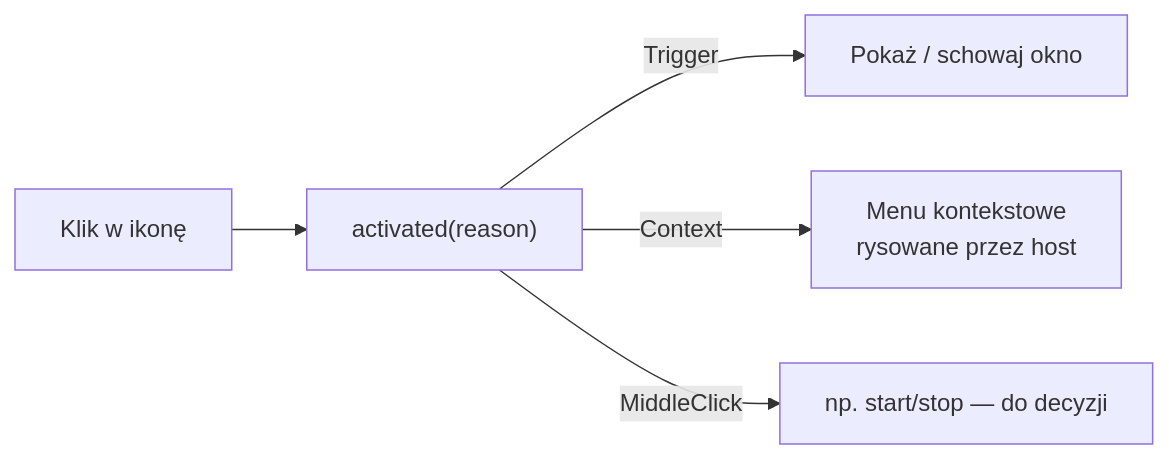
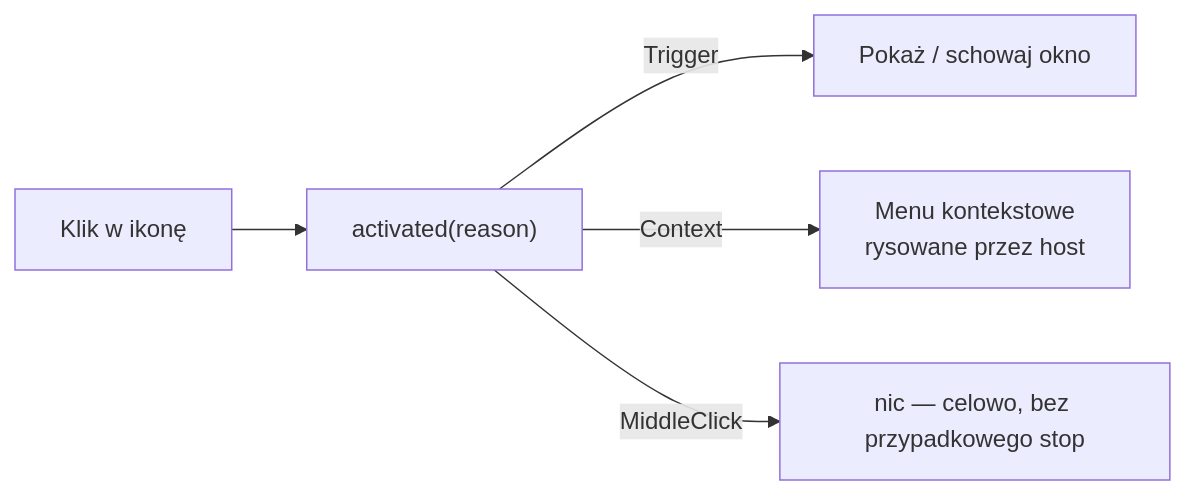
One commit to DragonKing026/DK-Tracker-Linux changed the diagram in docs/integracje/qt-pyside6.md. Above: the diagram before and after it, drawn with Mermaid. The commit also changed other lines of this file and 1 other file, not shown here.

Commit message:
docs: środkowy klik na ikonie tacki nic nie robi

````diff
--- a/docs/integracje/qt-pyside6.md
+++ b/docs/integracje/qt-pyside6.md
@@ -45,7 +45,7 @@
 ```mermaid
 flowchart LR
     CLICK[Klik w ikonę] --> SIG["activated(reason)"]
     SIG -->|Trigger| WIN[Pokaż / schowaj okno]
     SIG -->|Context| MENU[Menu kontekstowe<br/>rysowane przez host]
-    SIG -->|MiddleClick| TOGGLE[np. start/stop — do decyzji]
+    SIG -->|MiddleClick| NONE[nic — celowo, bez przypadkowego stop]
 ```
````
